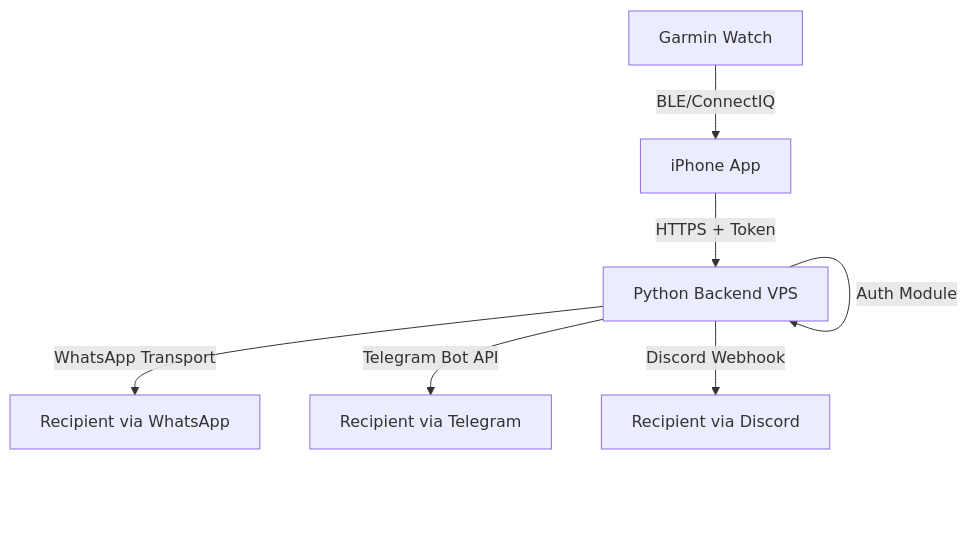
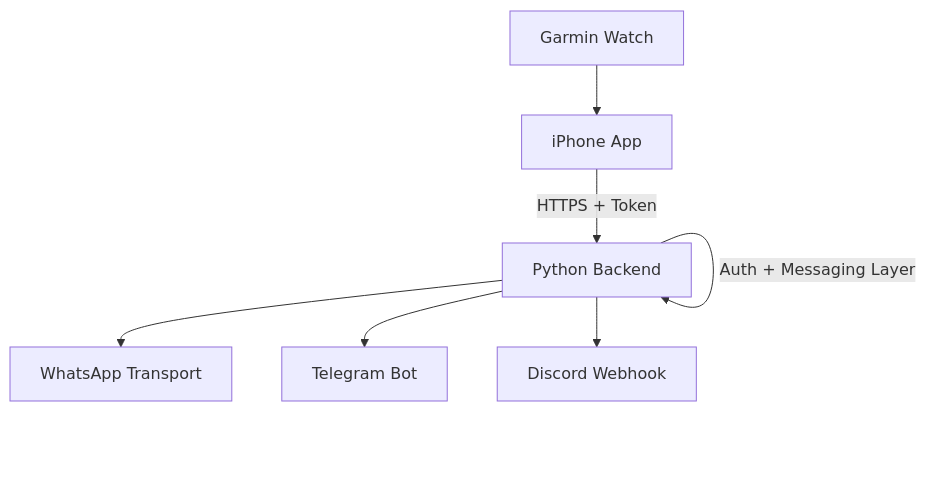
The diagram in Architecture_Design.md (ItayBenben/Wrist2MSG), drawn with Mermaid before and after one commit. The commit also changed other lines of this file, not shown here.

Commit message:
Refactor: Update architecture design document

````diff
--- a/Architecture_Design.md
+++ b/Architecture_Design.md
@@ -29,9 +26,9 @@
 ```mermaid
 graph TD
-    A[Garmin Watch] -->|BLE/ConnectIQ| B[iPhone App]
-    B -->|HTTPS + Token| C[Python Backend VPS]
-    C -->|Auth Module| C
-    C -->|WhatsApp Transport| D[Recipient via WhatsApp]
-    C -->|Telegram Bot API| E[Recipient via Telegram]
-    C -->|Discord Webhook| F[Recipient via Discord]
+    A[Garmin Watch] --> B[iPhone App]
+    B -->|HTTPS + Token| C[Python Backend]
+    C -->|Auth + Messaging Layer| C
+    C --> D[WhatsApp Transport]
+    C --> E[Telegram Bot]
+    C --> F[Discord Webhook]
 ```
````
